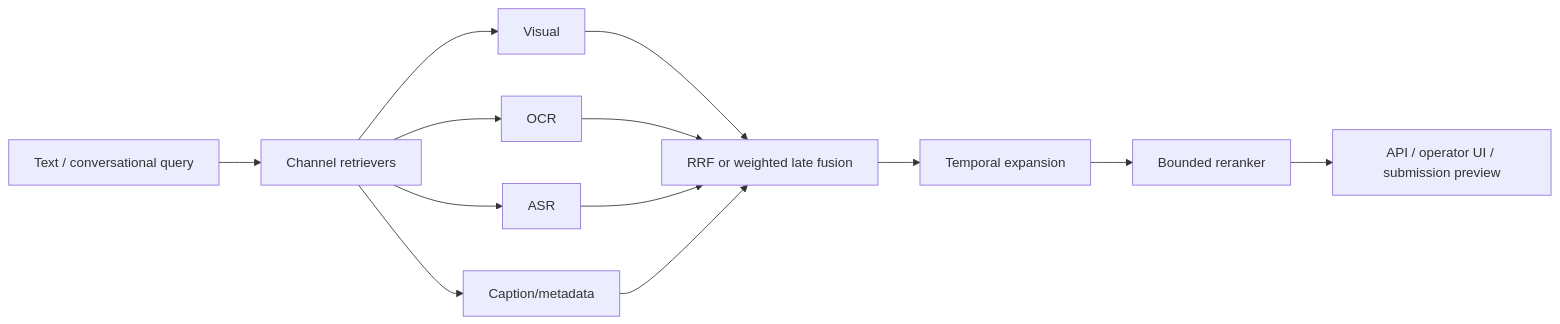
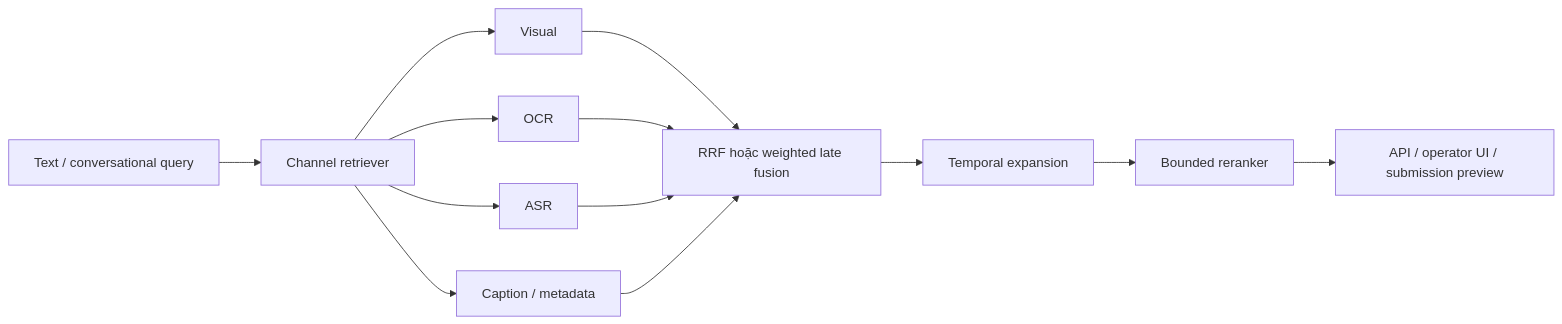
The second of 2 diagrams in docs/competitive_v1/01_ARCHITECTURE.md (lenamkhanhh/HCMAIC-SkillPixel-KIS), drawn with Mermaid before and after one commit. The commit also changed other lines of this file and 25 other files, not shown here.

````diff
--- a/docs/competitive_v1/01_ARCHITECTURE.md
+++ b/docs/competitive_v1/01_ARCHITECTURE.md
@@ -18,15 +18,15 @@
 ```mermaid
 flowchart LR
-  Q["Text / conversational query"] --> R["Channel retrievers"]
+  Q["Text / conversational query"] --> R["Channel retriever"]
   R --> V["Visual"]
   R --> O["OCR"]
   R --> A["ASR"]
-  R --> C["Caption/metadata"]
-  V --> F["RRF or weighted late fusion"]
+  R --> C["Caption / metadata"]
+  V --> F["RRF hoặc weighted late fusion"]
   O --> F
   A --> F
   C --> F
   F --> T["Temporal expansion"]
   T --> K["Bounded reranker"]
   K --> U["API / operator UI / submission preview"]
 ```
````
